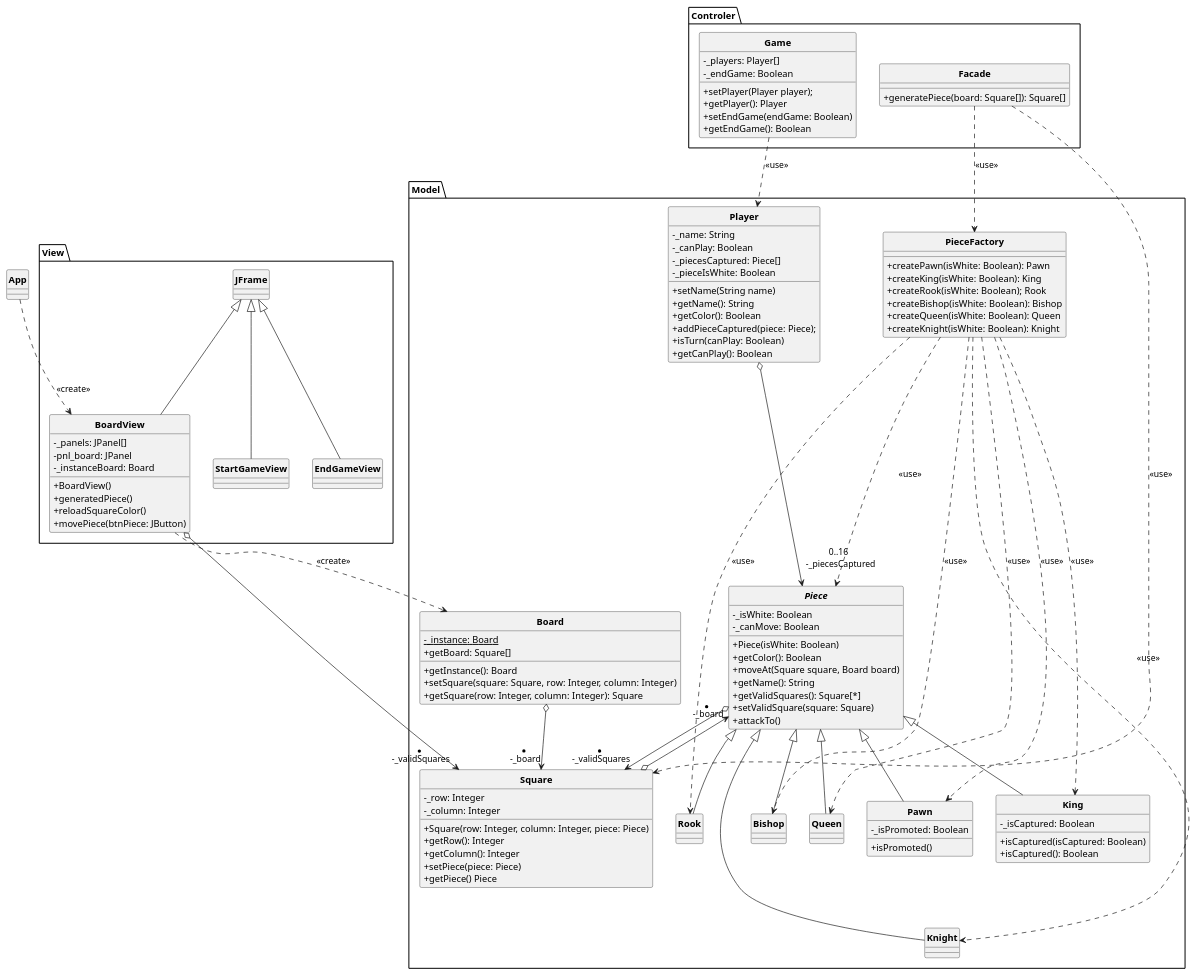
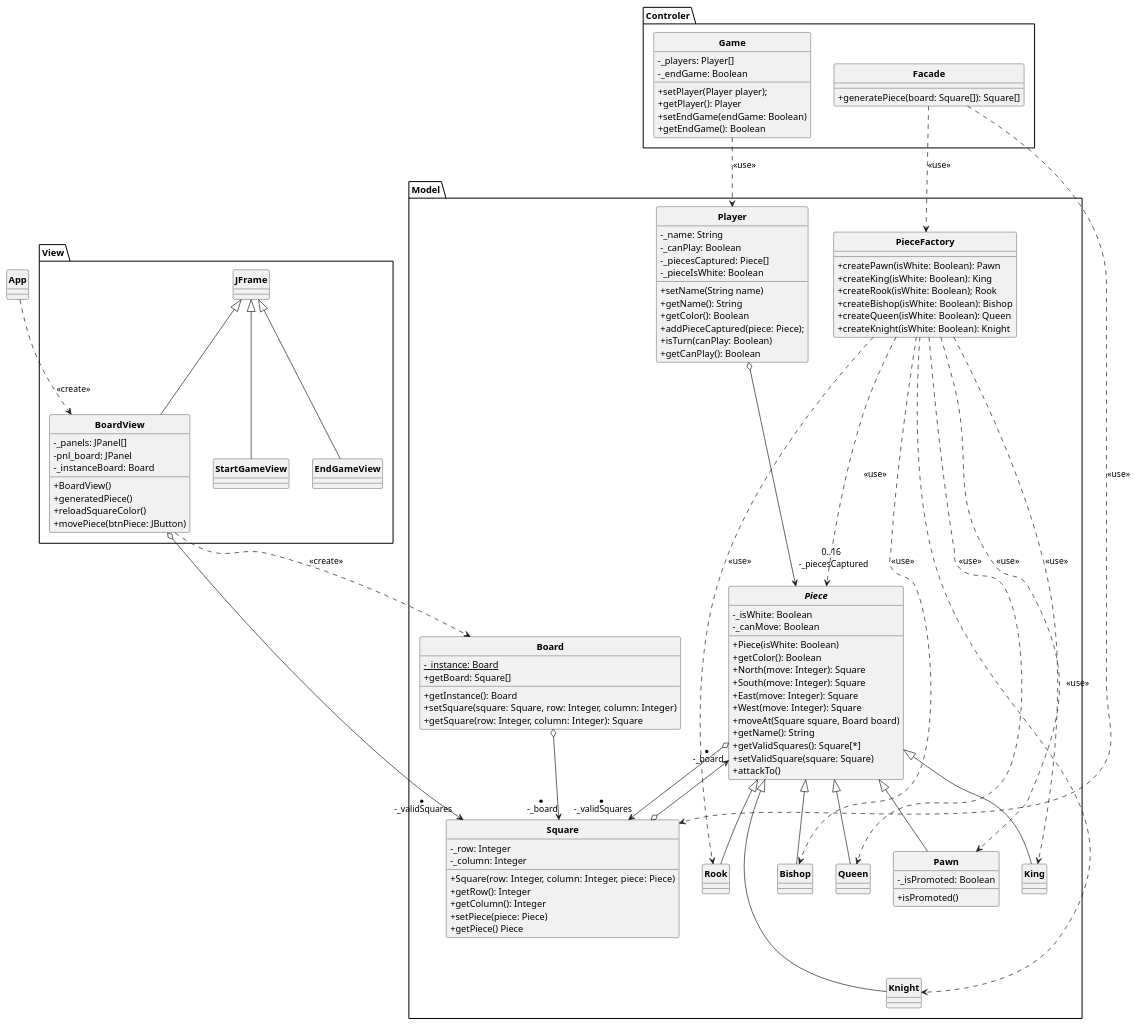
The diagram in UML/Chessgame.puml (MaxDevelo/Chess-Game), drawn with PlantUML before and after one commit. The commit also changed 3 other files, not shown here.

```diff
--- a/UML/Chessgame.puml
+++ b/UML/Chessgame.puml
@@ -1,149 +1,150 @@
 @startuml
 
 skinparam style strictuml
 skinparam classAttributeIconSize 0
 skinparam classFontStyle Bold
 hide enum methods
 
 
 class App{
 
 }
 
 package Model{
     class Player{
     - _name: String
     - _canPlay: Boolean
     - _piecesCaptured: Piece[]
     - _pieceIsWhite: Boolean
     + setName(String name)
     + getName(): String
     + getColor(): Boolean
     + addPieceCaptured(piece: Piece);
     + isTurn(canPlay: Boolean)
     + getCanPlay(): Boolean
     }
 
     class Board{
     - _instance: Board {static}
     + getInstance(): Board
     + setSquare(square: Square, row: Integer, column: Integer)
     + getSquare(row: Integer, column: Integer): Square
     + getBoard: Square[]
     }
 
     class Square{
     - _row: Integer
     - _column: Integer
     + Square(row: Integer, column: Integer, piece: Piece)
     + getRow(): Integer
     + getColumn(): Integer
     + setPiece(piece: Piece)
     + getPiece() Piece
     }
 
     class PieceFactory{
     + createPawn(isWhite: Boolean): Pawn
     + createKing(isWhite: Boolean): King
     + createRook(isWhite: Boolean); Rook
     + createBishop(isWhite: Boolean): Bishop
     + createQueen(isWhite: Boolean): Queen
     + createKnight(isWhite: Boolean): Knight
     }
 
     abstract Piece{
     - _isWhite: Boolean
     - _canMove: Boolean
     + Piece(isWhite: Boolean)
     + getColor(): Boolean
+    + North(move: Integer): Square
+    + South(move: Integer): Square
+    + East(move: Integer): Square
+    + West(move: Integer): Square
     + moveAt(Square square, Board board)
     + getName(): String
     + getValidSquares(): Square[*]
     + setValidSquare(square: Square)
     + attackTo()
     }
 
     class Pawn{
     - _isPromoted: Boolean
     + isPromoted()
     }
 
     class King{
-    - _isCaptured: Boolean
-    + isCaptured(isCaptured: Boolean)
-    + isCaptured(): Boolean
     }
 
     class Rook{
     }
 
     class Bishop{
     }
 
     class Queen{
     }
 
     class Knight{
     }
 
 }
 
 package View{
 class StartGameView extends JFrame{
 
 }
 class  BoardView extends JFrame{
     - _panels: JPanel[]
     - pnl_board: JPanel
     - _instanceBoard: Board
     + BoardView()
     + generatedPiece()
     + reloadSquareColor()
     + movePiece(btnPiece: JButton)
 }
 class EndGameView extends JFrame{
 
 }
 }
 
 package Controler{
     class Facade{
     + generatePiece(board: Square[]): Square[]
     }
 
     class Game{
     - _players: Player[]
     - _endGame: Boolean
 
     + setPlayer(Player player);
     + getPlayer(): Player
     + setEndGame(endGame: Boolean)
     + getEndGame(): Boolean
     }
 
 }
 App ..> BoardView : <<create>>
 BoardView o--> "* \n -_validSquares" Square
 Facade ..> PieceFactory : <<use>>
 Facade ..> Square : <<use>>
 Square o--> "* \n -_board" Piece
 Board o--> "* \n -_board" Square
 Piece o--> "* \n -_validSquares" Square
 BoardView ..> Board : <<create>>
 PieceFactory ...> Piece : <<use>>
 Pawn -u-|> Piece
 King -u-|> Piece
 Rook -u-|> Piece
 Bishop -u-|> Piece
 Queen -u-|> Piece
 Knight -u--|> Piece
 PieceFactory ..> Pawn : <<use>>
 PieceFactory ..> King : <<use>>
 PieceFactory ..> Rook : <<use>>
 PieceFactory ..> Bishop : <<use>>
 PieceFactory ..> Queen : <<use>>
 PieceFactory ..> Knight : <<use>>
 Game ..> Player : <<use>>
 Player o---> "0..16 \n -_piecesCaptured\n" Piece
 
 @enduml
```
